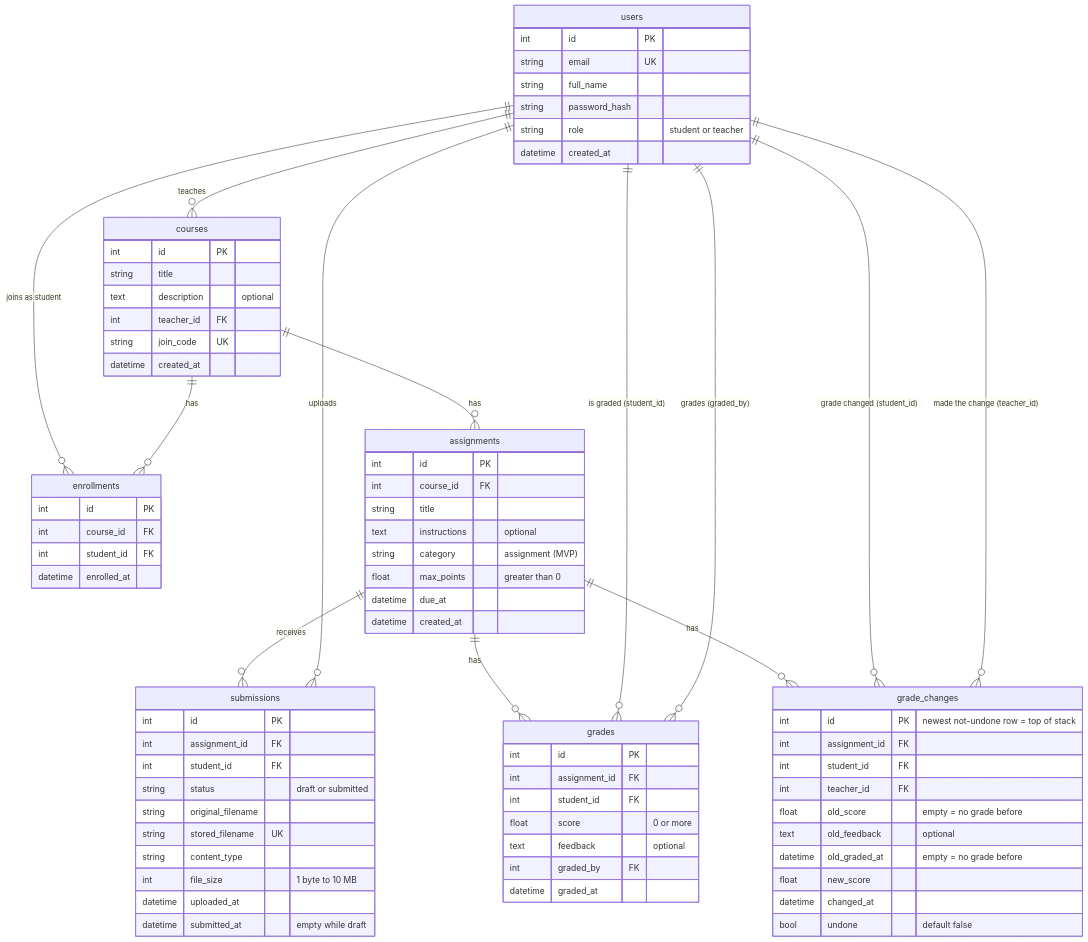
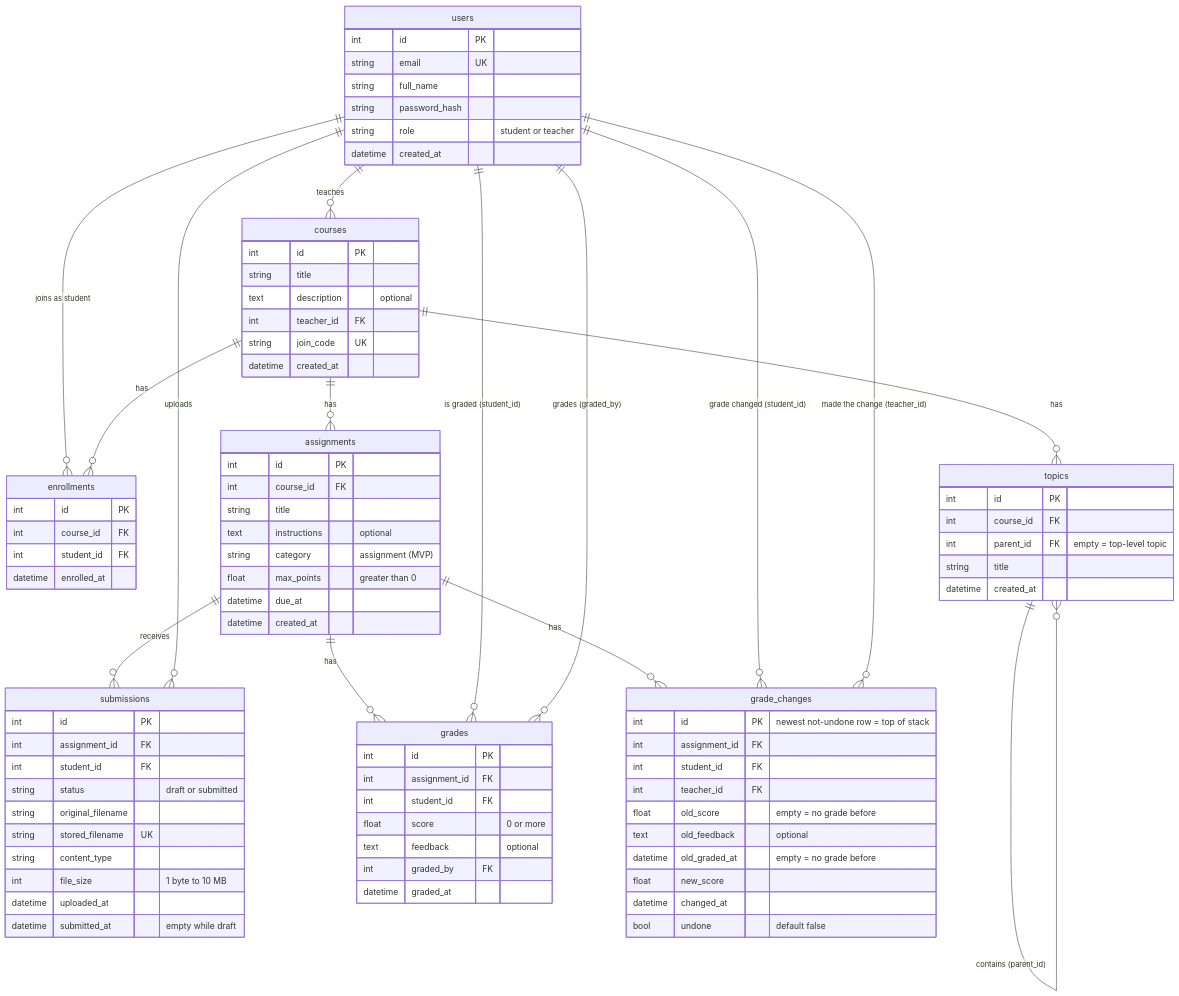
One commit to eemanabdullah5/class-flow changed the diagram in docs/er-diagram.md. Above: the diagram before and after it, drawn with Mermaid. The commit also changed other lines of this file and 9 other files, not shown here.

Commit message:
Add course topic tree: topics table, tree helpers, CRUD endpoints with loop checks

````diff
--- a/docs/er-diagram.md
+++ b/docs/er-diagram.md
@@ -17,6 +17,8 @@
     assignments ||--o{ grade_changes : "has"
     users ||--o{ grade_changes : "grade changed (student_id)"
     users ||--o{ grade_changes : "made the change (teacher_id)"
+    courses ||--o{ topics : "has"
+    topics ||--o{ topics : "contains (parent_id)"
 
     users {
         int id PK
@@ -89,4 +91,12 @@
         datetime changed_at
         bool undone "default false"
     }
+
+    topics {
+        int id PK
+        int course_id FK
+        int parent_id FK "empty = top-level topic"
+        string title
+        datetime created_at
+    }
 ```
````
